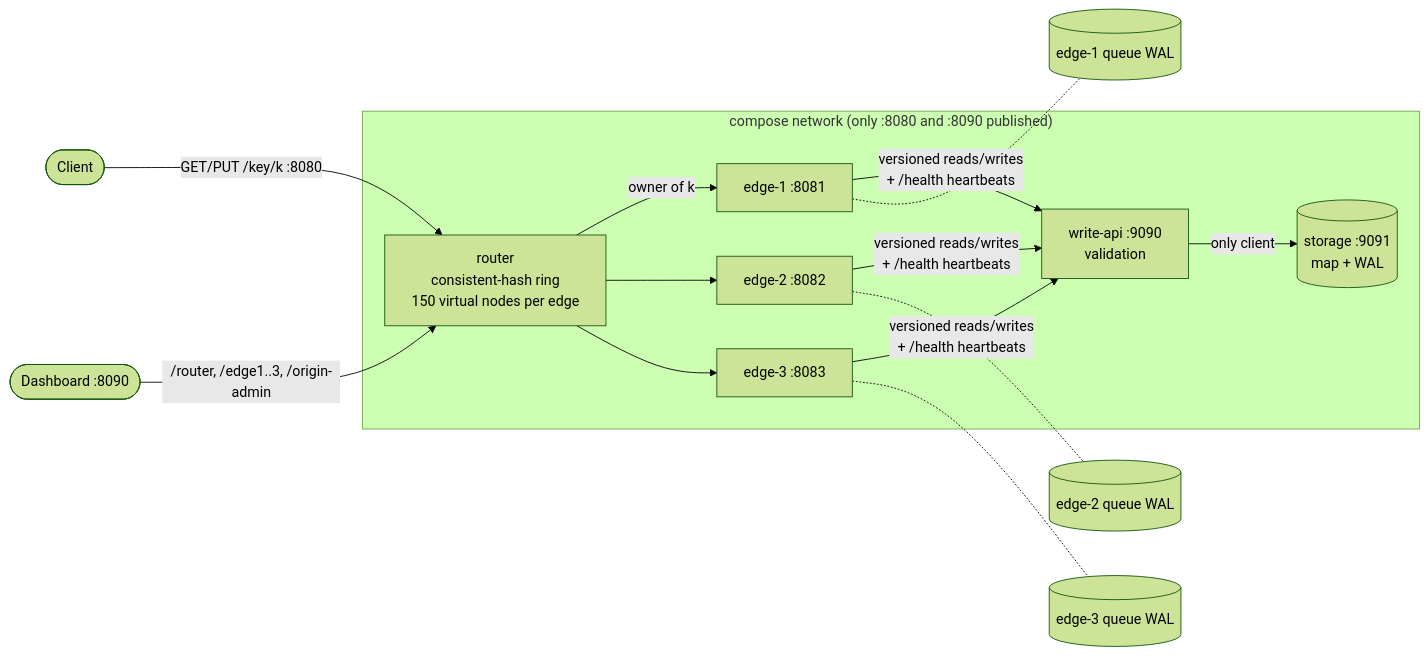
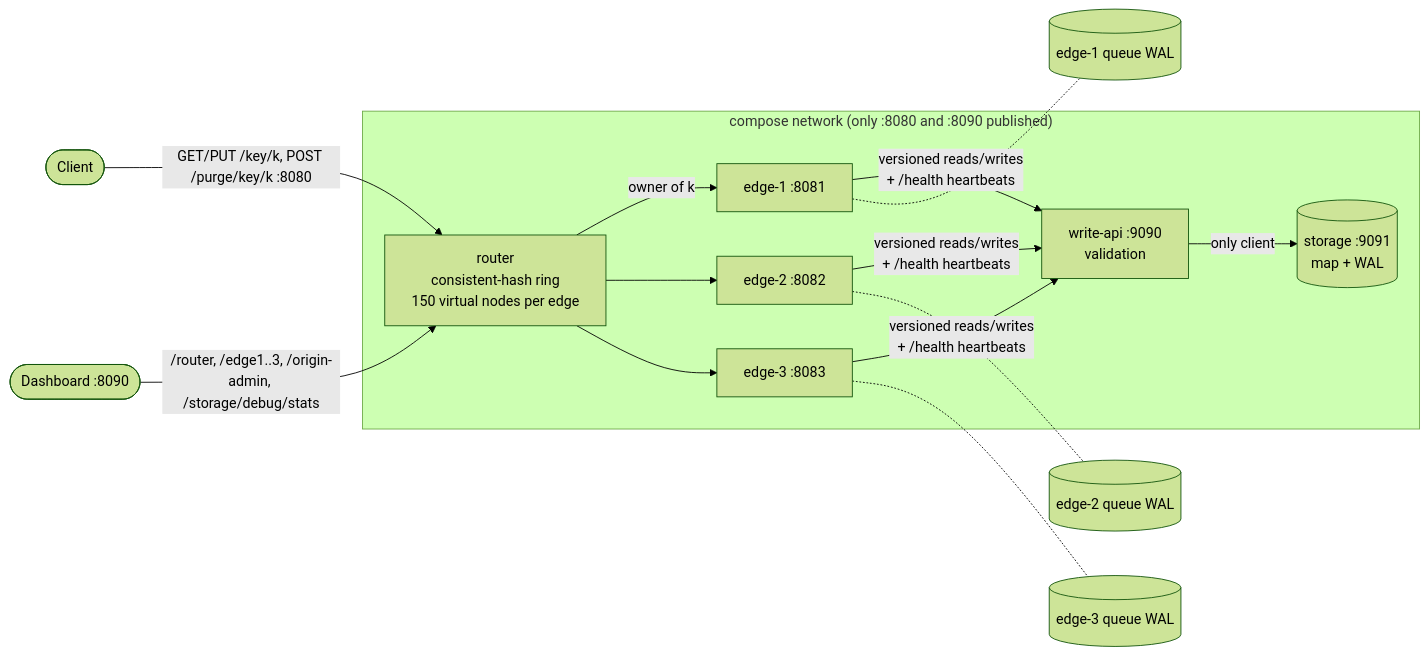
Before and after one commit to kush300304/Outpost: the diagram in docs/architecture.md, drawn with Mermaid (forest theme). The commit also changed other lines of this file, not shown here.

Commit message:
Update architecture doc

````diff
--- a/docs/architecture.md
+++ b/docs/architecture.md
@@ -10,16 +10,16 @@
 ```mermaid
 flowchart LR
-    client([Client]) -->|"GET/PUT /key/k :8080"| router
-    dashboard([Dashboard :8090]) -->|"/router, /edge1..3, /origin-admin"| router
+    client([Client]) -->|"GET/PUT /key/k, POST /purge/key/k :8080"| router
+    dashboard([Dashboard :8090]) -->|"/router, /edge1..3, /origin-admin, /storage/debug/stats"| router
     subgraph cluster["compose network (only :8080 and :8090 published)"]
         router["router<br/>consistent-hash ring<br/>150 virtual nodes per edge"]
         router -->|owner of k| edge1["edge-1 :8081"]
         router --> edge2["edge-2 :8082"]
         router --> edge3["edge-3 :8083"]
         edge1 & edge2 & edge3 -->|"versioned reads/writes<br/>+ /health heartbeats"| writeapi["write-api :9090<br/>validation"]
         writeapi -->|"only client"| storage[("storage :9091<br/>map + WAL")]
     end
     edge1 -.- q1[("edge-1 queue WAL")]
     edge2 -.- q2[("edge-2 queue WAL")]
     edge3 -.- q3[("edge-3 queue WAL")]
 ```
````
